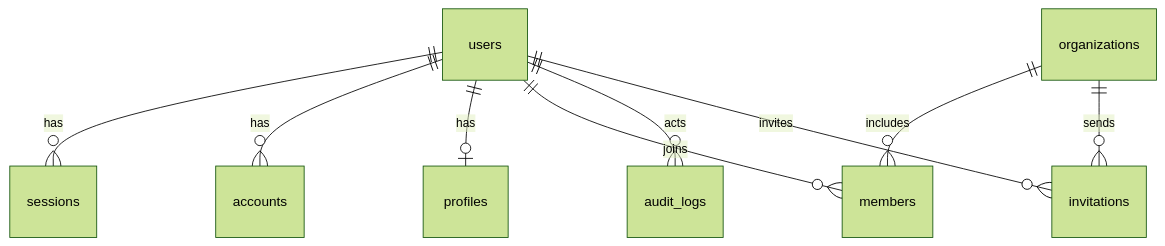
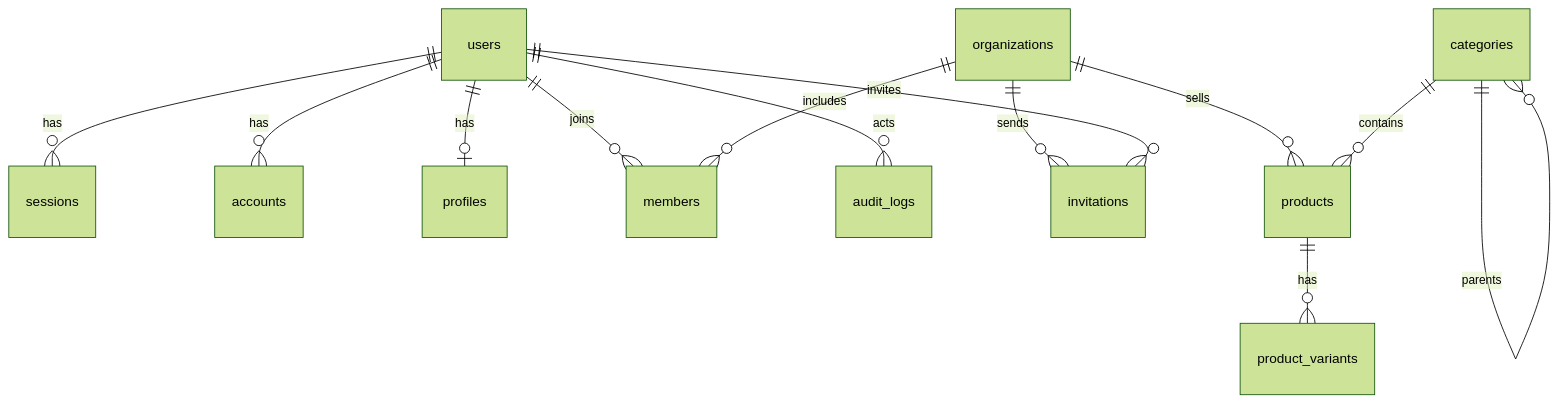
The diagram in docs/DATABASE.md (ibrahimSumon47/sawdagar-dokanpart), drawn with Mermaid (forest theme) before and after one commit. The commit also changed other lines of this file and 22 other files, not shown here.

````diff
--- a/docs/DATABASE.md
+++ b/docs/DATABASE.md
@@ -9,11 +9,15 @@
 ```mermaid
 erDiagram
   users ||--o{ sessions : has
   users ||--o{ accounts : has
   users ||--o| profiles : has
   users ||--o{ members : joins
   users ||--o{ audit_logs : acts
   organizations ||--o{ members : includes
   organizations ||--o{ invitations : sends
+  organizations ||--o{ products : sells
   users ||--o{ invitations : invites
+  categories ||--o{ categories : parents
+  categories ||--o{ products : contains
+  products ||--o{ product_variants : has
 ```
````
